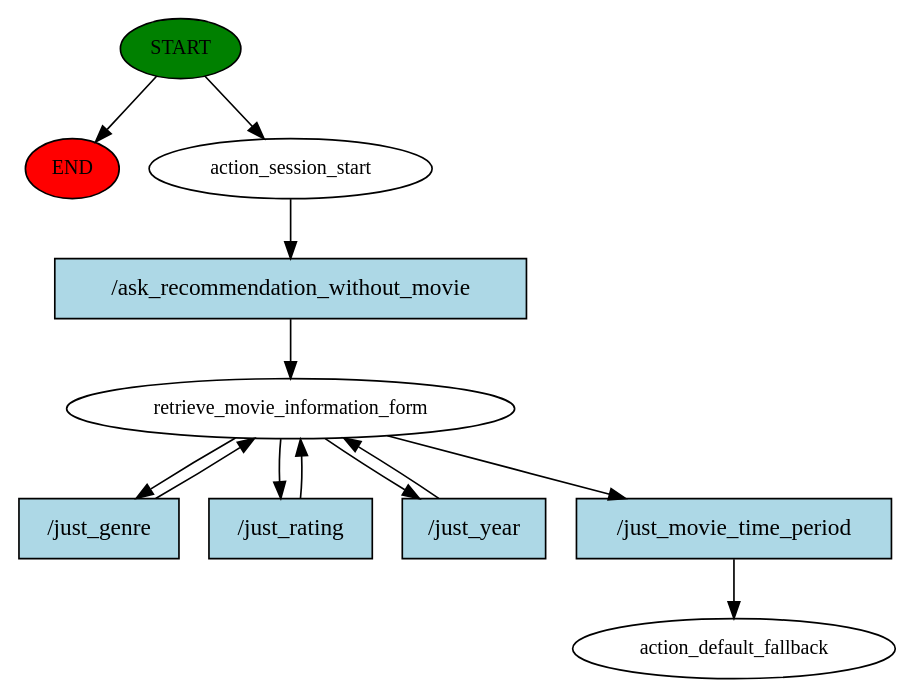
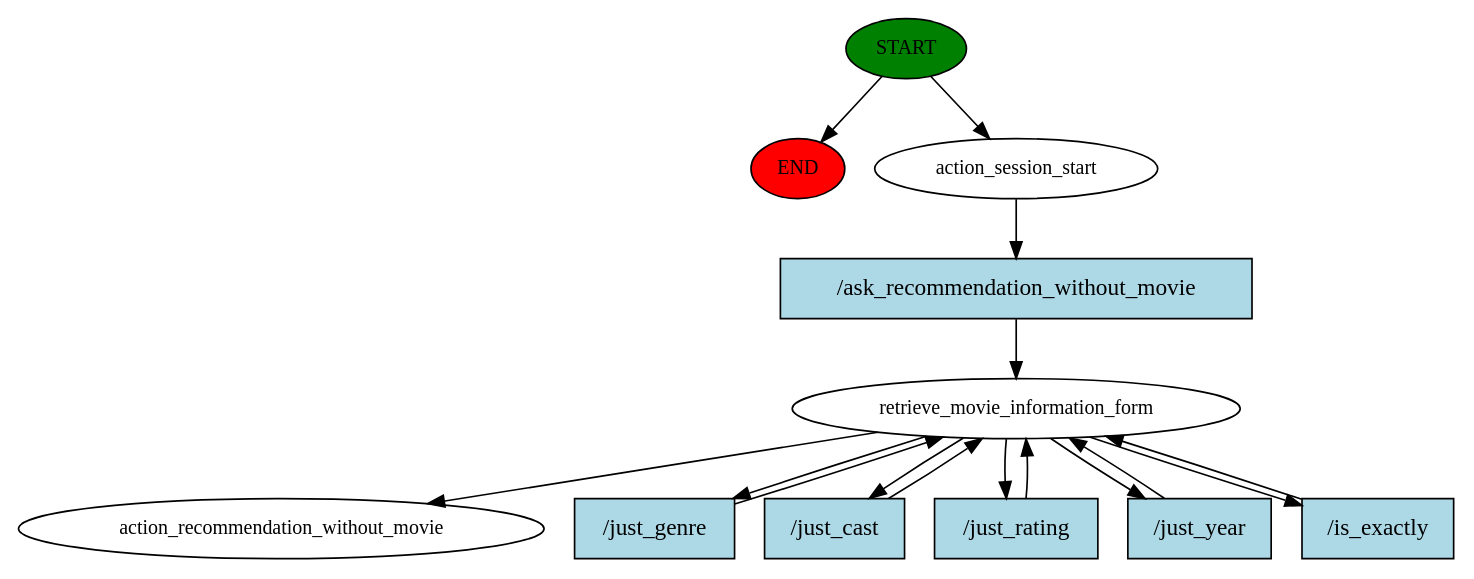
Before and after one commit to Bru0x11/Human_Machine_Dialogue-Rasa: the diagram in story_graph.dot, drawn with Graphviz. The commit also changed 243 other files, not shown here.

Commit message:
introduced director and better movie time management

```diff
--- a/story_graph.dot
+++ b/story_graph.dot
@@ -1,24 +1,28 @@
 digraph  {
 0 [class="start active", fillcolor=green, fontsize=12, label=START, style=filled];
 "-1" [class=end, fillcolor=red, fontsize=12, label=END, style=filled];
 1 [class=active, fontsize=12, label=action_session_start];
 2 [class=active, fontsize=12, label=retrieve_movie_information_form];
-6 [class="dashed active", fontsize=12, label=action_default_fallback];
-7 [class="intent active", fillcolor=lightblue, label="/ask_recommendation_without_movie", shape=rect, style=filled];
-8 [class="intent active", fillcolor=lightblue, label="/just_genre", shape=rect, style=filled];
-9 [class="intent active", fillcolor=lightblue, label="/just_rating", shape=rect, style=filled];
-10 [class="intent active", fillcolor=lightblue, label="/just_year", shape=rect, style=filled];
-11 [class="intent active", fillcolor=lightblue, label="/just_movie_time_period", shape=rect, style=filled];
+8 [class="dashed active", fontsize=12, label=action_recommendation_without_movie];
+9 [class="intent active", fillcolor=lightblue, label="/ask_recommendation_without_movie", shape=rect, style=filled];
+10 [class="intent active", fillcolor=lightblue, label="/just_genre", shape=rect, style=filled];
+11 [class="intent active", fillcolor=lightblue, label="/just_cast", shape=rect, style=filled];
+12 [class="intent active", fillcolor=lightblue, label="/just_rating", shape=rect, style=filled];
+13 [class="intent active", fillcolor=lightblue, label="/just_year", shape=rect, style=filled];
+14 [class="intent active", fillcolor=lightblue, label="/is_exactly", shape=rect, style=filled];
 0 -> "-1"  [class="", key=NONE, label=""];
 0 -> 1  [class=active, key=NONE, label=""];
-1 -> 7  [class=active, key=0];
-2 -> 8  [class=active, key=0];
-2 -> 9  [class=active, key=0];
+1 -> 9  [class=active, key=0];
+2 -> 8  [class=active, key=NONE, label=""];
 2 -> 10  [class=active, key=0];
 2 -> 11  [class=active, key=0];
-7 -> 2  [class=active, key=0];
-8 -> 2  [class=active, key=0];
+2 -> 12  [class=active, key=0];
+2 -> 13  [class=active, key=0];
+2 -> 14  [class=active, key=0];
 9 -> 2  [class=active, key=0];
 10 -> 2  [class=active, key=0];
-11 -> 6  [class=active, key=0];
+11 -> 2  [class=active, key=0];
+12 -> 2  [class=active, key=0];
+13 -> 2  [class=active, key=0];
+14 -> 2  [class=active, key=0];
 }
```
